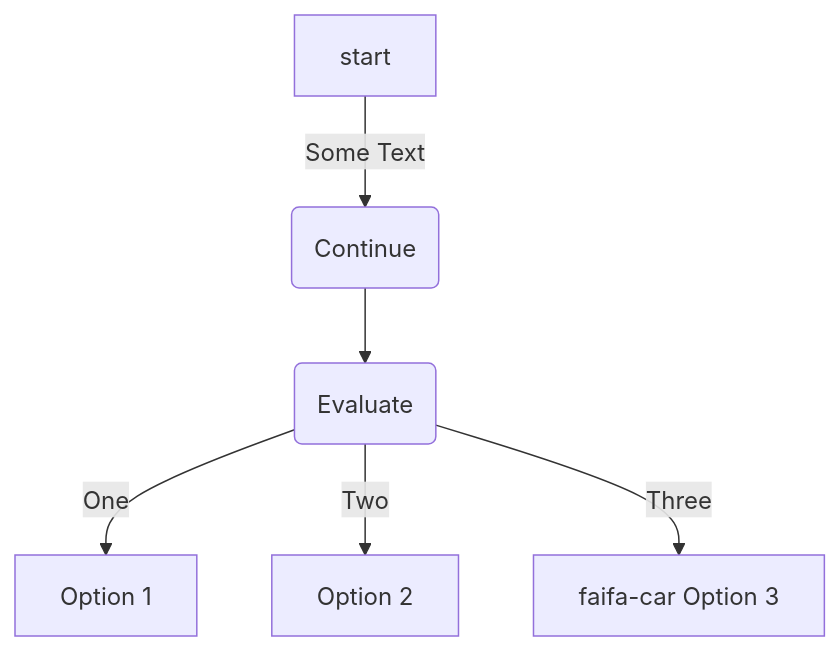
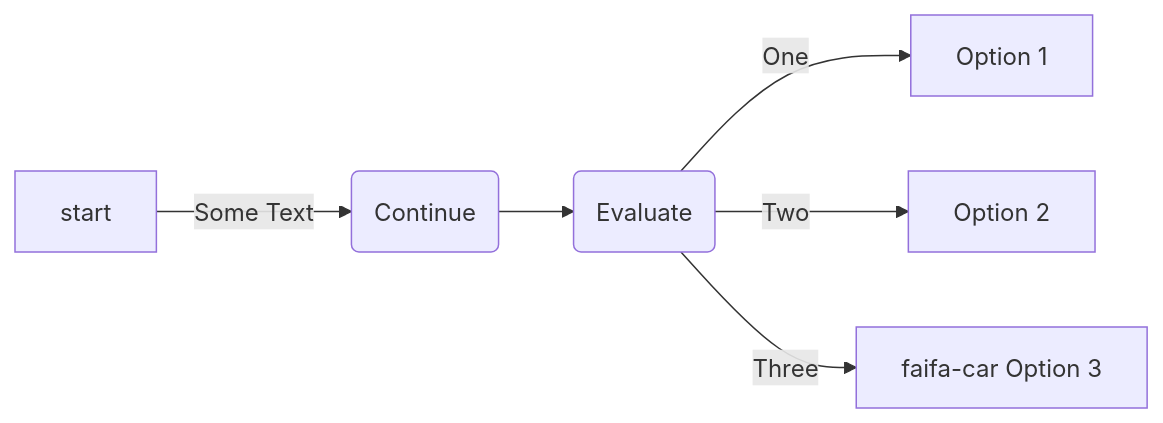
The diagram in README.md (blairkennedy/test-site), drawn with Mermaid before and after one commit.

````diff
--- a/README.md
+++ b/README.md
@@ -8,8 +8,8 @@
 ```mermaid
-flowchart
+flowchart LR
   A[start] -- Some Text --> B(Continue)
   B --> C(Evaluate)
   C -- One --> D[Option 1]
   C -- Two --> E[Option 2]
   C -- Three --> F[faifa-car Option 3]
 ```
````
